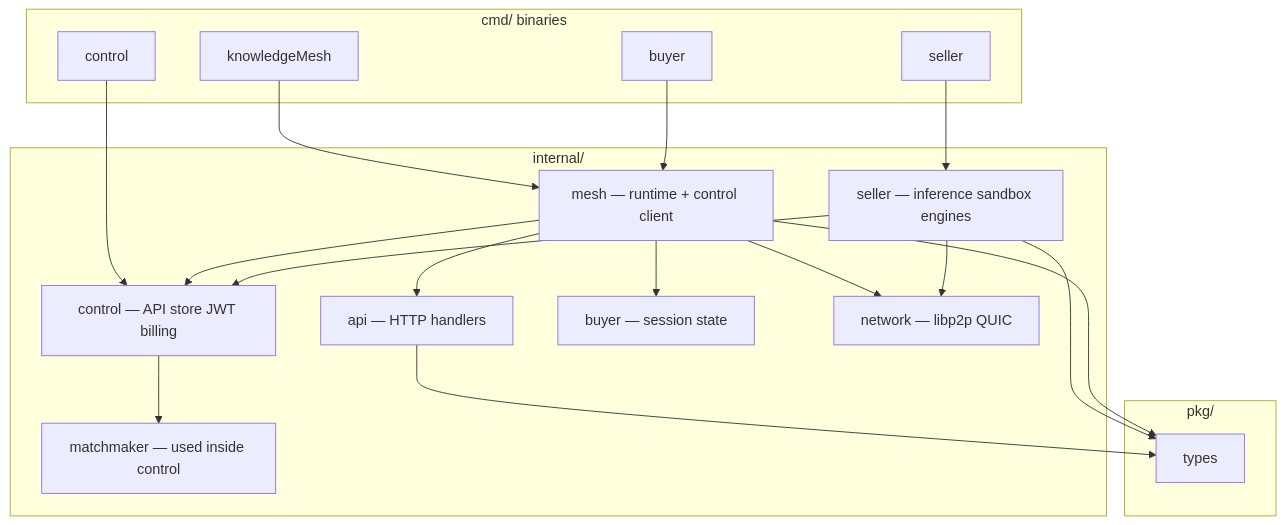
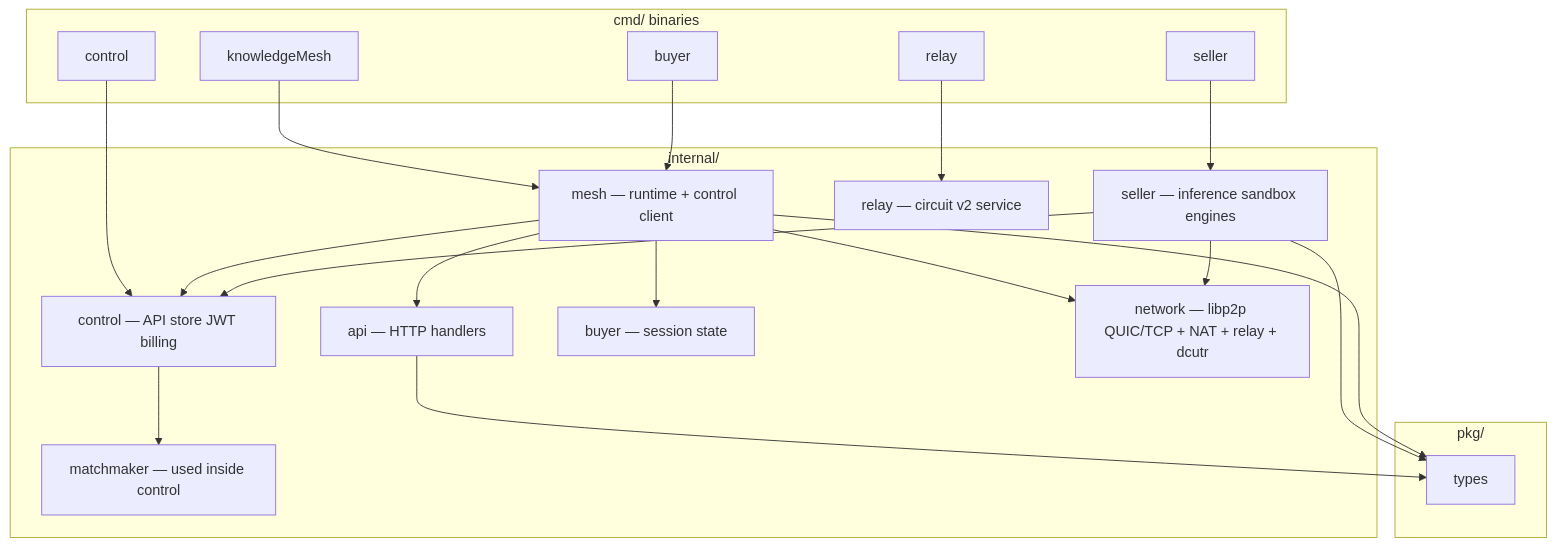
One commit to Knowledge-Mesh/knowledgeMesh changed the third of 6 diagrams in ARCHITECTURE.md. Above: the diagram before and after it, drawn with Mermaid. The commit also changed other lines of this file and 22 other files, not shown here.

Commit message:
punch in the hold added, relay server added, fallback to relay added, stun type discovery added, observability added, quic tuned

````diff
--- a/ARCHITECTURE.md
+++ b/ARCHITECTURE.md
@@ -72,38 +72,41 @@
 ```mermaid
 flowchart TB
   subgraph cmd["cmd/ binaries"]
     c1[knowledgeMesh]
     c2[buyer]
     c3[seller]
     c4[control]
+    c5[relay]
   end
 
   subgraph internal["internal/"]
     i1[control — API store JWT billing]
     i2[mesh — runtime + control client]
     i3[api — HTTP handlers]
     i4[seller — inference sandbox engines]
     i5[buyer — session state]
-    i6[network — libp2p QUIC]
+    i6[network — libp2p QUIC/TCP + NAT + relay + dcutr]
+    i8[relay — circuit v2 service]
     i7[matchmaker — used inside control]
   end
 
   subgraph pkg["pkg/"]
     p1[types]
   end
 
   c4 --> i1
   c1 --> i2
   c2 --> i2
   c3 --> i4
+  c5 --> i8
   i2 --> i3
   i2 --> i6
   i2 --> i5
   i2 --> i1
   i4 --> i6
   i4 --> i1
   i1 --> i7
   i3 --> p1
   i4 --> p1
   i2 --> p1
 ```
````
